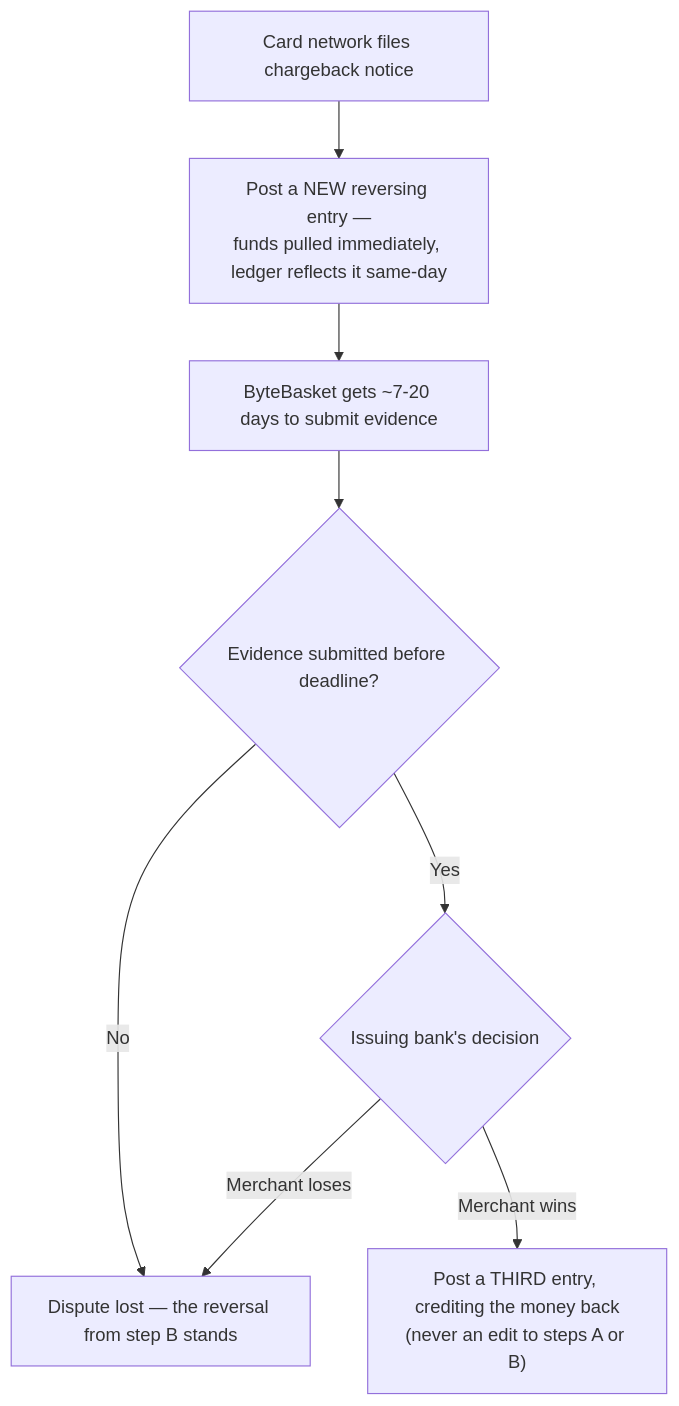
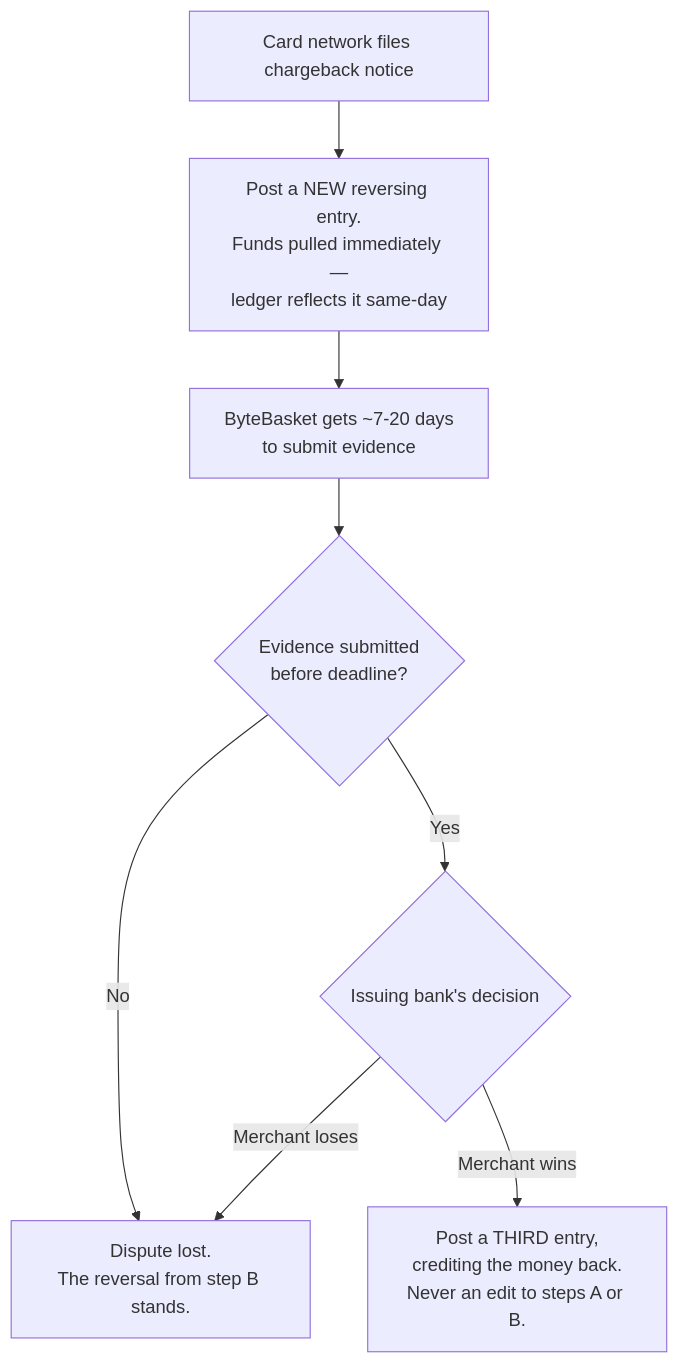
Before and after one commit to riyaz-pasha/Learnings: diagram 12 of 13 in system-design/HLD/0-course/41-Design-a-Payment-System-FAANG-Guide-story.md, drawn with Mermaid. The commit also changed other lines of this file and 1 other file, not shown here.

Commit message:
[REWRITE] Payment System story guide: simplify prose, add structure, fix diagrams

````diff
--- a/system-design/HLD/0-course/41-Design-a-Payment-System-FAANG-Guide-story.md
+++ b/system-design/HLD/0-course/41-Design-a-Payment-System-FAANG-Guide-story.md
@@ -326,10 +789,10 @@
 ```mermaid
 flowchart TD
-    A["Card network files chargeback notice"] --> B["Post a NEW reversing entry —\nfunds pulled immediately, ledger reflects it same-day"]
-    B --> C["ByteBasket gets ~7-20 days to submit evidence"]
-    C --> D{"Evidence submitted before deadline?"}
-    D -- "No" --> E["Dispute lost — the reversal from step B stands"]
+    A["Card network files chargeback notice"] --> B["Post a NEW reversing entry.<br/>Funds pulled immediately —<br/>ledger reflects it same-day"]
+    B --> C["ByteBasket gets ~7-20 days<br/>to submit evidence"]
+    C --> D{"Evidence submitted<br/>before deadline?"}
+    D -- "No" --> E["Dispute lost.<br/>The reversal from step B stands."]
     D -- "Yes" --> F{"Issuing bank's decision"}
-    F -- "Merchant wins" --> G["Post a THIRD entry, crediting the money back\n(never an edit to steps A or B)"]
+    F -- "Merchant wins" --> G["Post a THIRD entry,<br/>crediting the money back.<br/>Never an edit to steps A or B."]
     F -- "Merchant loses" --> E
 ```
````
